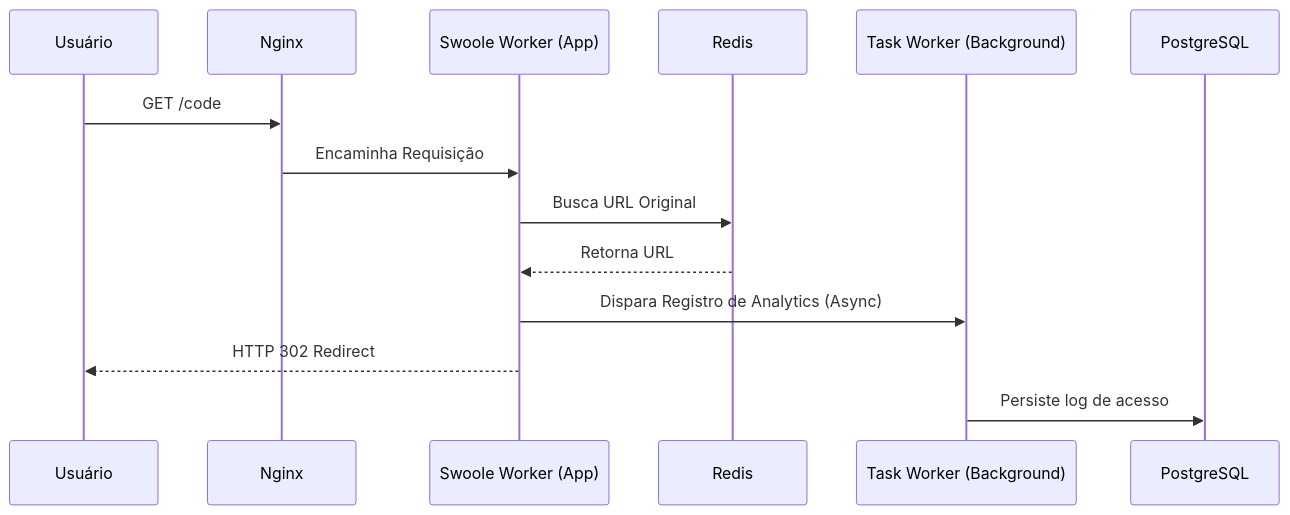
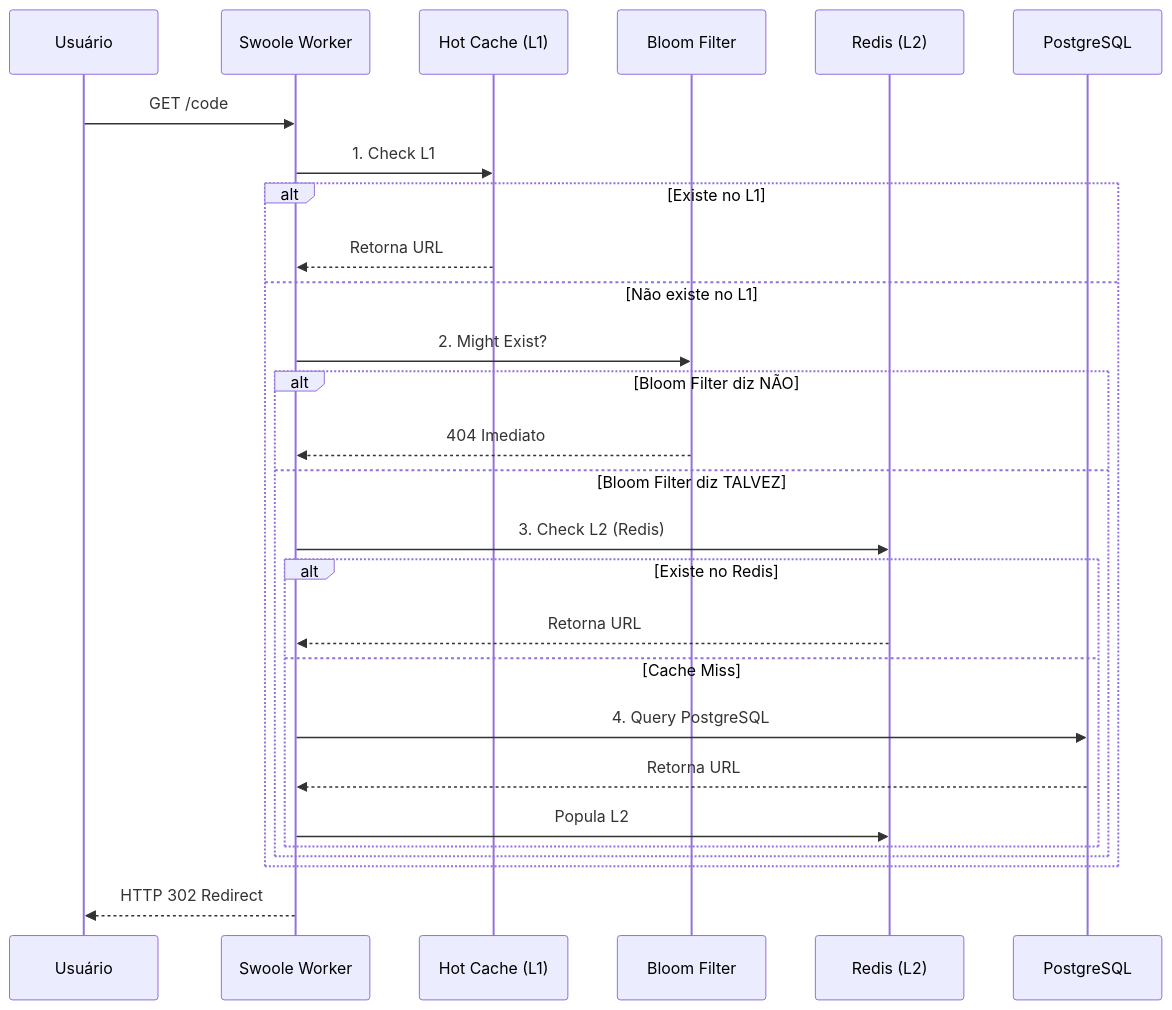
Before and after one commit to SaorCampos/url_shortener: the first of 2 diagrams in docs/architecture.md, drawn with Mermaid. The commit also changed other lines of this file, not shown here.

````diff
--- a/docs/architecture.md
+++ b/docs/architecture.md
@@ -39,17 +52,30 @@
 ```mermaid
 sequenceDiagram
     participant U as Usuário
-    participant N as Nginx
-    participant W as Swoole Worker (App)
-    participant R as Redis
-    participant T as Task Worker (Background)
+    participant W as Swoole Worker
+    participant HC as Hot Cache (L1)
+    participant BF as Bloom Filter
+    participant R as Redis (L2)
     participant DB as PostgreSQL
 
-    U->>N: GET /code
-    N->>W: Encaminha Requisição
-    W->>R: Busca URL Original
-    R-->>W: Retorna URL
-    W->>T: Dispara Registro de Analytics (Async)
+    U->>W: GET /code
+    W->>HC: 1. Check L1
+    alt Existe no L1
+        HC-->>W: Retorna URL
+    else Não existe no L1
+        W->>BF: 2. Might Exist?
+        alt Bloom Filter diz NÃO
+            BF-->>W: 404 Imediato
+        else Bloom Filter diz TALVEZ
+            W->>R: 3. Check L2 (Redis)
+            alt Existe no Redis
+                R-->>W: Retorna URL
+            else Cache Miss
+                W->>DB: 4. Query PostgreSQL
+                DB-->>W: Retorna URL
+                W->>R: Popula L2
+            end
+        end
+    end
     W-->>U: HTTP 302 Redirect
-    T->>DB: Persiste log de acesso
 ```
````
